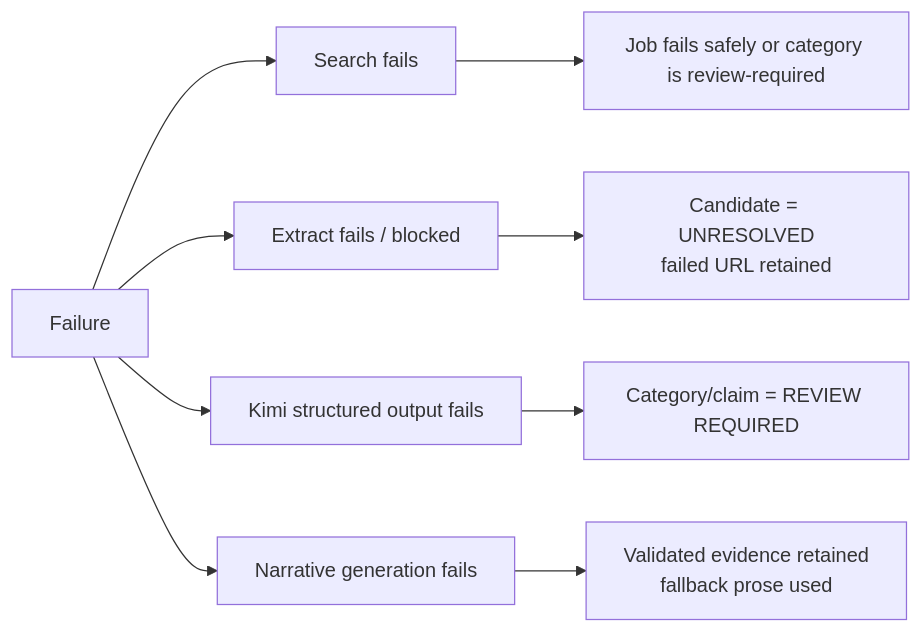
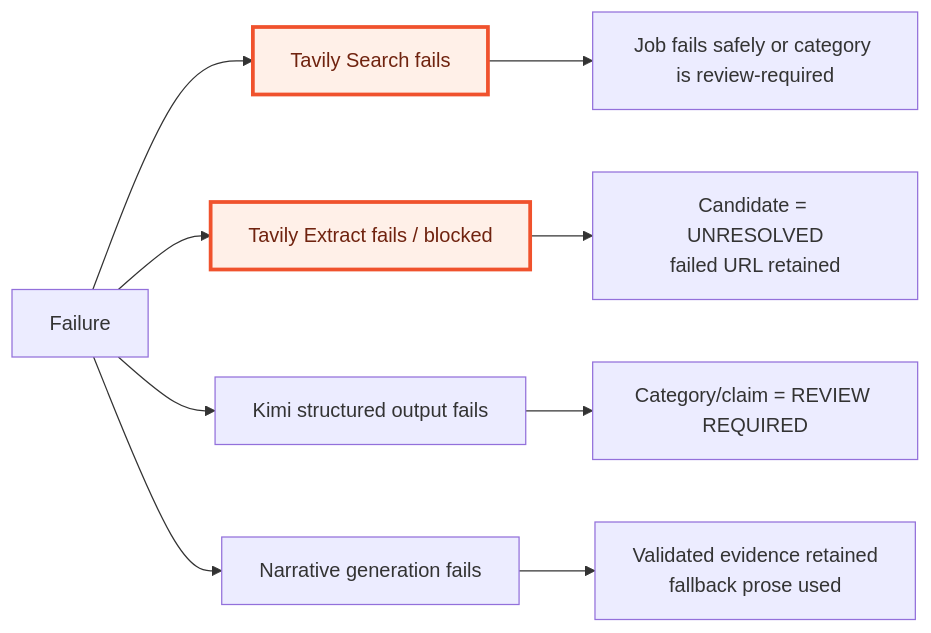
The fifth of 8 diagrams in docs/ARCHITECTURE.md (0xtigerclaw/deal_lens), drawn with Mermaid before and after one commit. The commit also changed other lines of this file and 12 other files, not shown here.

````diff
--- a/docs/ARCHITECTURE.md
+++ b/docs/ARCHITECTURE.md
@@ -135,12 +145,15 @@
 ```mermaid
 flowchart LR
-    Failure["Failure"] --> Search["Search fails"]
-    Failure --> Extract["Extract fails / blocked"]
+    Failure["Failure"] --> Search["Tavily Search fails"]
+    Failure --> Extract["Tavily Extract fails / blocked"]
     Failure --> Model["Kimi structured output fails"]
     Failure --> Narrative["Narrative generation fails"]
 
     Search --> Job["Job fails safely or category is review-required"]
     Extract --> Unresolved["Candidate = UNRESOLVED<br/>failed URL retained"]
     Model --> Review["Category/claim = REVIEW REQUIRED"]
     Narrative --> Evidence["Validated evidence retained<br/>fallback prose used"]
+
+    classDef tavily fill:#fff0e8,stroke:#f0522d,stroke-width:3px,color:#70230f
+    class Search,Extract tavily
 ```
````
